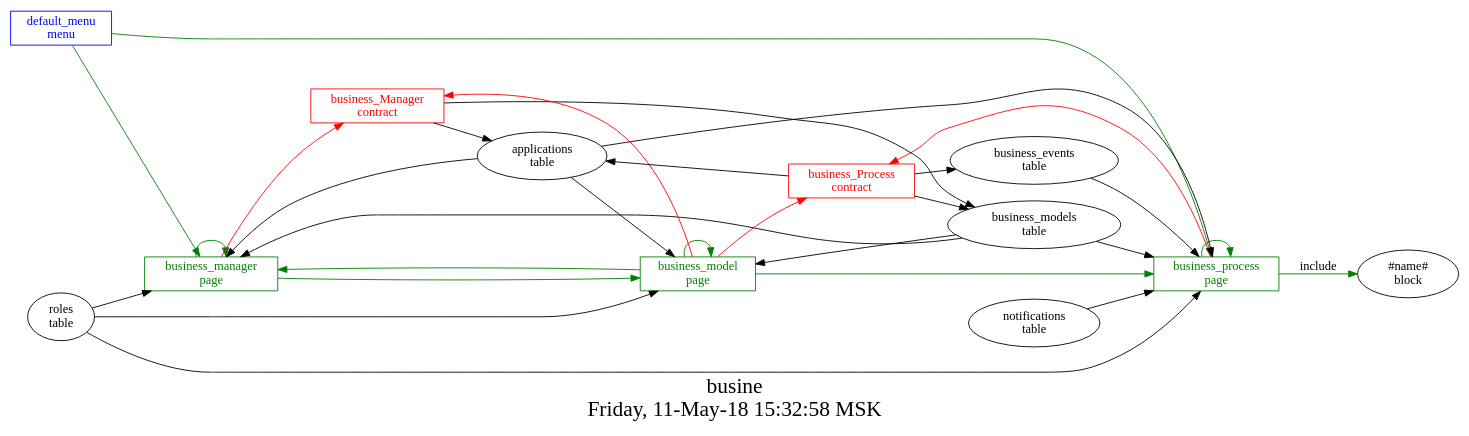
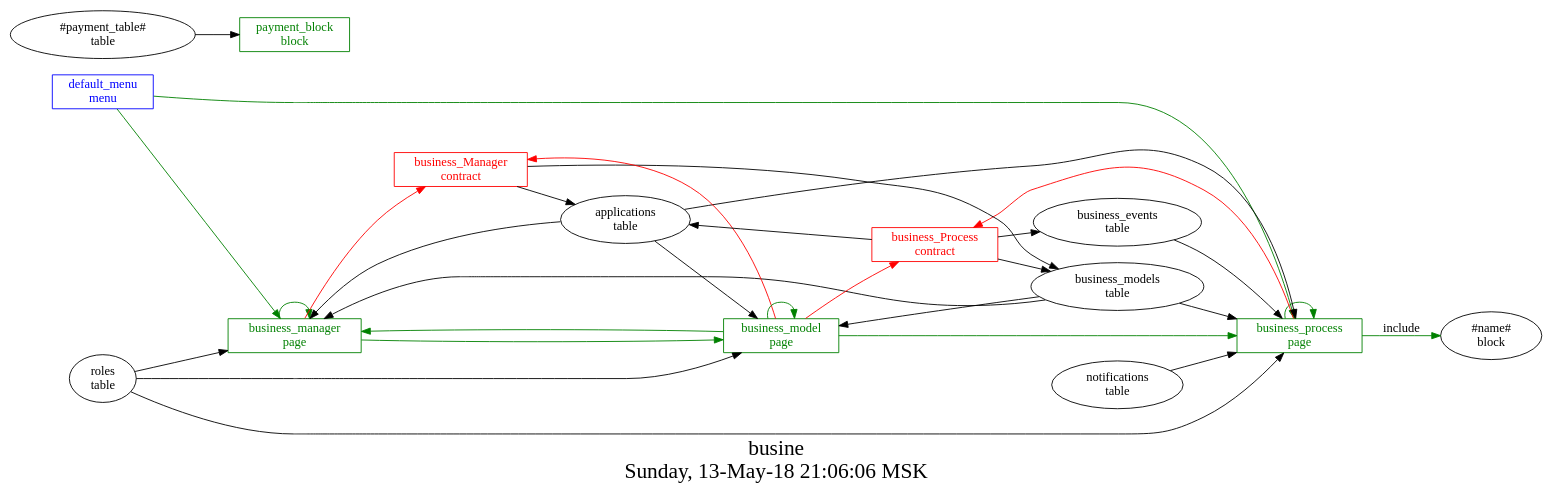
The diagram in src/business/struct.dot (AplaProject/apps), drawn with Graphviz before and after one commit. The commit also changed 6 other files, not shown here.

Commit message:
+ payment_block, + owner notification

```diff
--- a/src/business/struct.dot
+++ b/src/business/struct.dot
@@ -1,47 +1,49 @@
 digraph G {
 graph [
   fontsize="24";
-  label="busine\nFriday, 11-May-18 15:32:58 MSK";
+  label="busine\nSunday, 13-May-18 21:06:06 MSK";
   nojustify=true;
   ordering=out;
   rankdir=LR;
   size="30";
 ];
 "default_menu\nmenu" -> "business_manager\npage"  [ color=green ]
 "default_menu\nmenu" -> "business_process\npage"  [ color=green ]
 "default_menu\nmenu" [color=blue, fontcolor=blue, group=menus, shape=record];
 "business_manager\npage" -> "business_Manager\ncontract"  [ color=red ]
 "applications\ntable" -> "business_manager\npage"  [ color="" ]
 "roles\ntable" -> "business_manager\npage"  [ color="" ]
 "business_models\ntable" -> "business_manager\npage"  [ color="" ]
 "business_manager\npage" -> "business_model\npage"  [ color=green ]
 "business_manager\npage" -> "business_manager\npage"  [ color=green ]
 "business_manager\npage" [color=green, fontcolor=green, group=pages, shape=record];
 "business_model\npage" -> "business_Process\ncontract"  [ color=red ]
 "business_model\npage" -> "business_Manager\ncontract"  [ color=red ]
 "applications\ntable" -> "business_model\npage"  [ color="" ]
 "business_models\ntable" -> "business_model\npage"  [ color="" ]
 "roles\ntable" -> "business_model\npage"  [ color="" ]
 "business_model\npage" -> "business_manager\npage"  [ color=green ]
 "business_model\npage" -> "business_process\npage"  [ color=green ]
 "business_model\npage" -> "business_model\npage"  [ color=green ]
 "business_model\npage" [color=green, fontcolor=green, group=pages, shape=record];
 "business_process\npage" -> "business_Process\ncontract"  [ color=red ]
 "applications\ntable" -> "business_process\npage"  [ color="" ]
 "notifications\ntable" -> "business_process\npage"  [ color="" ]
 "business_models\ntable" -> "business_process\npage"  [ color="" ]
 "roles\ntable" -> "business_process\npage"  [ color="" ]
 "business_events\ntable" -> "business_process\npage"  [ color="" ]
 "business_process\npage" -> "business_process\npage"  [ color=green ]
 "business_process\npage" -> "#name#\nblock"  [ color=green, label=include ]
 "business_process\npage" [color=green, fontcolor=green, group=pages, shape=record];
+"#payment_table#\ntable" -> "payment_block\nblock"  [ color="" ]
+"payment_block\nblock" [color=green, fontcolor=green, group=blocks, shape=record];
 "business_Manager\ncontract" -> "applications\ntable"  [ color="" ]
 "business_Manager\ncontract" -> "business_models\ntable"  [ color="" ]
 "business_Manager\ncontract" [color=red, fontcolor=red, group=contracts, shape=record];
 "business_Process\ncontract" -> "applications\ntable"  [ color="" ]
 "business_Process\ncontract" -> "business_events\ntable"  [ color="" ]
 "business_Process\ncontract" -> "business_models\ntable"  [ color="" ]
 "business_Process\ncontract" [color=red, fontcolor=red, group=contracts, shape=record];
 "business_events\ntable" [color="", fontcolor="", group=tables, shape=""];
 "business_models\ntable" [color="", fontcolor="", group=tables, shape=""];
 }
```
